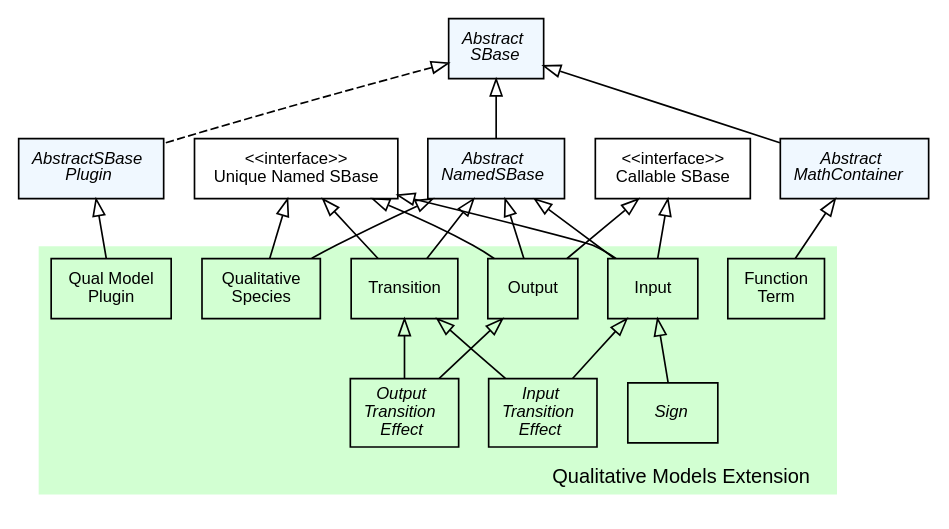
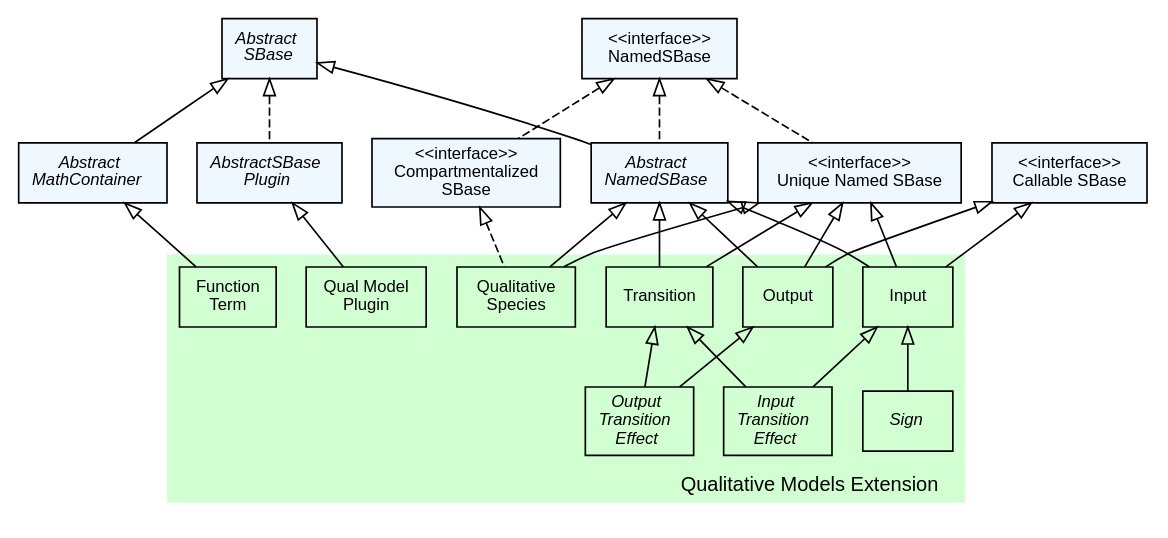
Before and after one commit to ChavaVennela/jsbml: the diagram in extensions/qual/doc/img/type_hierarchy.dot, drawn with Graphviz. The commit also changed 54 other files, not shown here.

```diff
--- a/extensions/qual/doc/img/type_hierarchy.dot
+++ b/extensions/qual/doc/img/type_hierarchy.dot
@@ -1,102 +1,109 @@
 #!/usr/local/bin/dot
 #
 # dot -Tpdf type_hierarchy.dot -otype_hierarchy.pdf && acroread type_hierarchy.pdf &
 # dot -Tpng type_hierarchy.dot -otype_hierarchy.png
 #
 # $Id$
 # $URL$
 # $Rev$
 
 strict digraph G{
 
 	nodesep=0.25;
 	ranksep=0.5;
 
 	edge [
 	  fontname="Helvetica",
 	  fontsize=10,
 	  labelfontname="Helvetica",
 	  labelfontsize=10
 	];
 	node [
 	  fontname="Helvetica",
 	  fontsize=10,
 	  shape=box
 	];
   /*
    * Abstract data types
    */
   AbstractMathContainer                      [label=<<font><I>Abstract<br/>MathContainer</I></font>>, style="filled", fillcolor="#F0F8FF"];
   AbstractNamedSBase                         [label=<<font><I>Abstract<br/>NamedSBase</I></font>>, style="filled", fillcolor="#F0F8FF"];
   AbstractSBase                              [label=<<font><I>Abstract<br/>SBase</I></font>>, style="filled", fillcolor="#F0F8FF"];
   AbstractSBasePlugin                        [label=<<font><I>AbstractSBase<br/>Plugin</I></font>>, style="filled", fillcolor="#F0F8FF"];
 
 	/*
 	 * Interfaces
 	 */
 	
-  UniqueNamedSBase                           [label="<<interface>>\nUnique Named SBase"];
-  CallableSBase                              [label="<<interface>>\nCallable SBase"];
+  UniqueNamedSBase                       [label="<<interface>>\nUnique Named SBase", style="filled", fillcolor="#F0F8FF"];
+  CallableSBase                          [label="<<interface>>\nCallable SBase", style="filled", fillcolor="#F0F8FF"];
+  CompartmentalizedSBase                 [label="<<interface>>\nCompartmentalized\nSBase", style="filled", fillcolor="#F0F8FF"];
+  NamedSBase                             [label="<<interface>>\nNamedSBase", style="filled", fillcolor="#F0F8FF"];
 
   subgraph clusterQual {
     fontname="Helvetica";
     fontsize=12;
     style="filled";
     fillcolor="#d2ffd2"
     color="#ffffff"
     label="Qualitative Models Extension";
     labelloc=b;
     labeljust=r;
     
       // Abstract data types
    	  InputTransitionEffect		          	 [label=<<font face="Helvetica-Oblique">Input<br/>Transition<br/>Effect</font>>];
    	  OutputTransitionEffect		       	 [label=<<font face="Helvetica-Oblique">Output<br/>Transition<br/>Effect</font>>];
    	  Sign							       	 [label=<<font face="Helvetica-Oblique">Sign</font>>];
     
 	  /*
 	   * Objects
 	   */
 	  FunctionTerm                               [label="Function\nTerm"];
 	  Input                                      [label="Input"];
 	  Output                                     [label="Output"];
 	  QualitativeSpecies                         [label="Qualitative\nSpecies"];
 	  QualModelPlugin                            [label="Qual Model\nPlugin"];
 	  Transition                                 [label="Transition"];
       
       /*
       * inheritance graph
       */	  
       Input -> InputTransitionEffect      [dir=back,arrowtail=empty];
       Transition -> InputTransitionEffect      [dir=back,arrowtail=empty];
       Output -> OutputTransitionEffect      [dir=back,arrowtail=empty];
       Transition -> OutputTransitionEffect      [dir=back,arrowtail=empty];      
       Input -> Sign      [dir=back,arrowtail=empty];      
       
   }
 
   /*
    * inheritance graph
    */
-  AbstractMathContainer -> FunctionTerm      [dir=back,arrowtail=empty];
-  UniqueNamedSBase -> Input   [dir=back,arrowtail=empty];
-  CallableSBase -> Input   [dir=back,arrowtail=empty];
+  AbstractMathContainer -> FunctionTerm          [dir=back,arrowtail=empty];
+  UniqueNamedSBase      -> Input                 [dir=back,arrowtail=empty];
+  CallableSBase         -> Input                 [dir=back,arrowtail=empty];
+  
+  CompartmentalizedSBase -> QualitativeSpecies    [dir=back,arrowtail=empty,style=dashed];
 
-  UniqueNamedSBase -> Output   [dir=back,arrowtail=empty];
-  CallableSBase -> Output   [dir=back,arrowtail=empty];
+  UniqueNamedSBase      -> Output                [dir=back,arrowtail=empty];
+  CallableSBase         -> Output                [dir=back,arrowtail=empty];
 
-  UniqueNamedSBase -> QualitativeSpecies   [dir=back,arrowtail=empty];
-  UniqueNamedSBase -> Transition   [dir=back,arrowtail=empty];
+  UniqueNamedSBase      -> QualitativeSpecies    [dir=back,arrowtail=empty];
+  UniqueNamedSBase      -> Transition            [dir=back,arrowtail=empty];
+  
+  AbstractNamedSBase    -> QualitativeSpecies    [dir=back,arrowtail=empty];
+  AbstractNamedSBase    -> Transition            [dir=back,arrowtail=empty];
+  AbstractNamedSBase    -> Input                 [dir=back,arrowtail=empty];
+  AbstractNamedSBase    -> Output                [dir=back,arrowtail=empty];
 
+  AbstractSBase         -> AbstractNamedSBase    [dir=back,arrowtail=empty];
+  AbstractSBase         -> AbstractMathContainer [dir=back,arrowtail=empty];
+  AbstractSBase         -> AbstractSBasePlugin   [dir=back,arrowtail=empty,style=dashed];
   
-  AbstractNamedSBase -> QualitativeSpecies   [dir=back,arrowtail=empty];
-  AbstractNamedSBase -> Transition           [dir=back,arrowtail=empty];
-  AbstractNamedSBase -> Input                [dir=back,arrowtail=empty];
-  AbstractNamedSBase -> Output               [dir=back,arrowtail=empty];
-
-  AbstractSBase -> AbstractNamedSBase        [dir=back,arrowtail=empty];
-  AbstractSBase -> AbstractMathContainer     [dir=back,arrowtail=empty];
-  AbstractSBase -> AbstractSBasePlugin       [dir=back,arrowtail=empty,style=dashed];
+  AbstractSBasePlugin   -> QualModelPlugin       [dir=back,arrowtail=empty];
   
-  AbstractSBasePlugin -> QualModelPlugin    [dir=back,arrowtail=empty];
+  NamedSBase             -> AbstractNamedSBase        [dir=back,arrowtail=empty,style=dashed];
+  NamedSBase             -> CompartmentalizedSBase    [dir=back,arrowtail=empty,style=dashed];
+  NamedSBase             -> UniqueNamedSBase          [dir=back,arrowtail=empty,style=dashed];
 
 }
```
